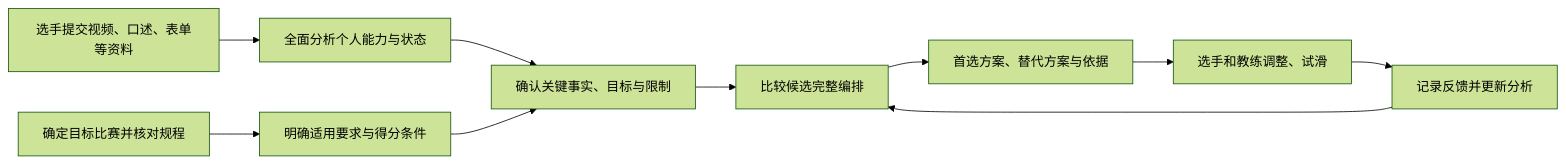
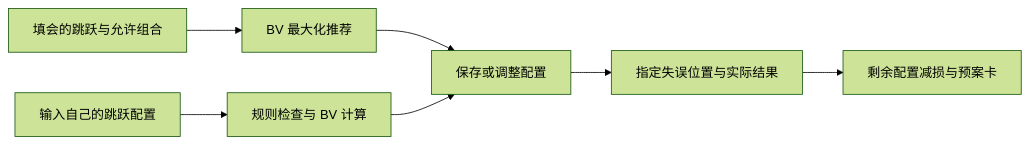
One commit to chuali-zi/Skating_lab changed the diagram in docs/PRD.md. Above: the diagram before and after it, drawn with Mermaid (forest theme). The commit also changed other lines of this file and 1 other file, not shown here.

````diff
--- a/docs/PRD.md
+++ b/docs/PRD.md
@@ -95,12 +276,9 @@
 ```mermaid
 flowchart LR
-    A[选手提交视频、口述、表单等资料] --> B[全面分析个人能力与状态]
-    C[确定目标比赛并核对规程] --> D[明确适用要求与得分条件]
-    B --> E[确认关键事实、目标与限制]
+    A[填会的跳跃与允许组合] --> B[BV 最大化推荐]
+    C[输入自己的跳跃配置] --> D[规则检查与 BV 计算]
+    B --> E[保存或调整配置]
     D --> E
-    E --> F[比较候选完整编排]
-    F --> G[首选方案、替代方案与依据]
-    G --> H[选手和教练调整、试滑]
-    H --> I[记录反馈并更新分析]
-    I --> F
+    E --> F[指定失误位置与实际结果]
+    F --> G[剩余配置减损与预案卡]
 ```
````
